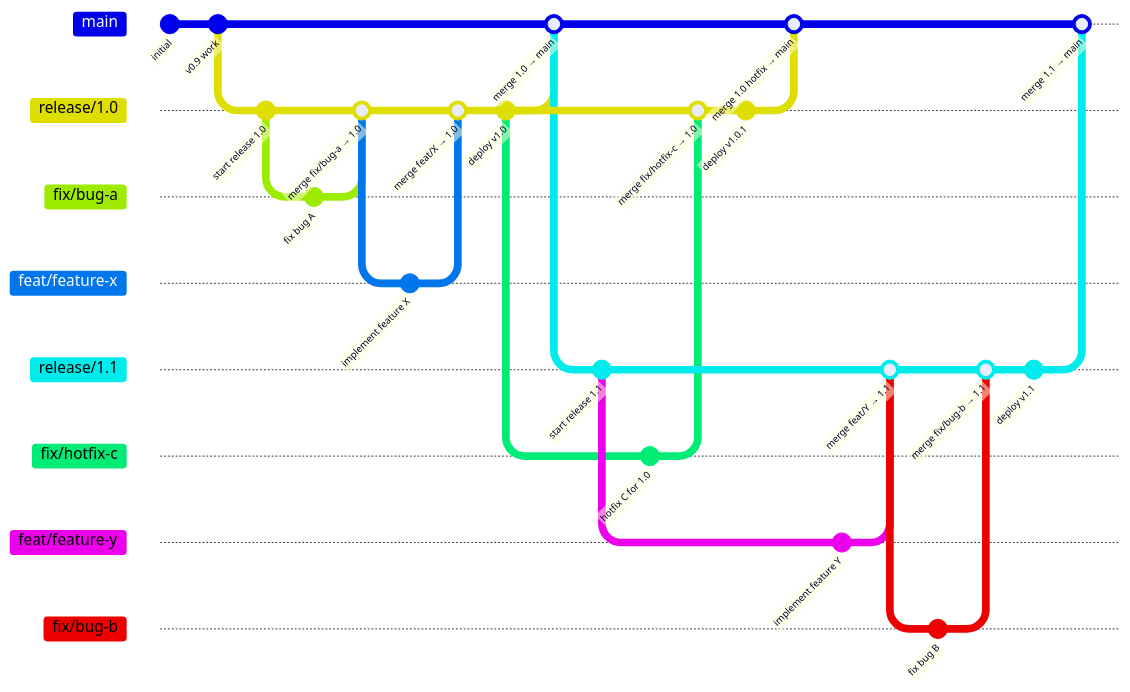
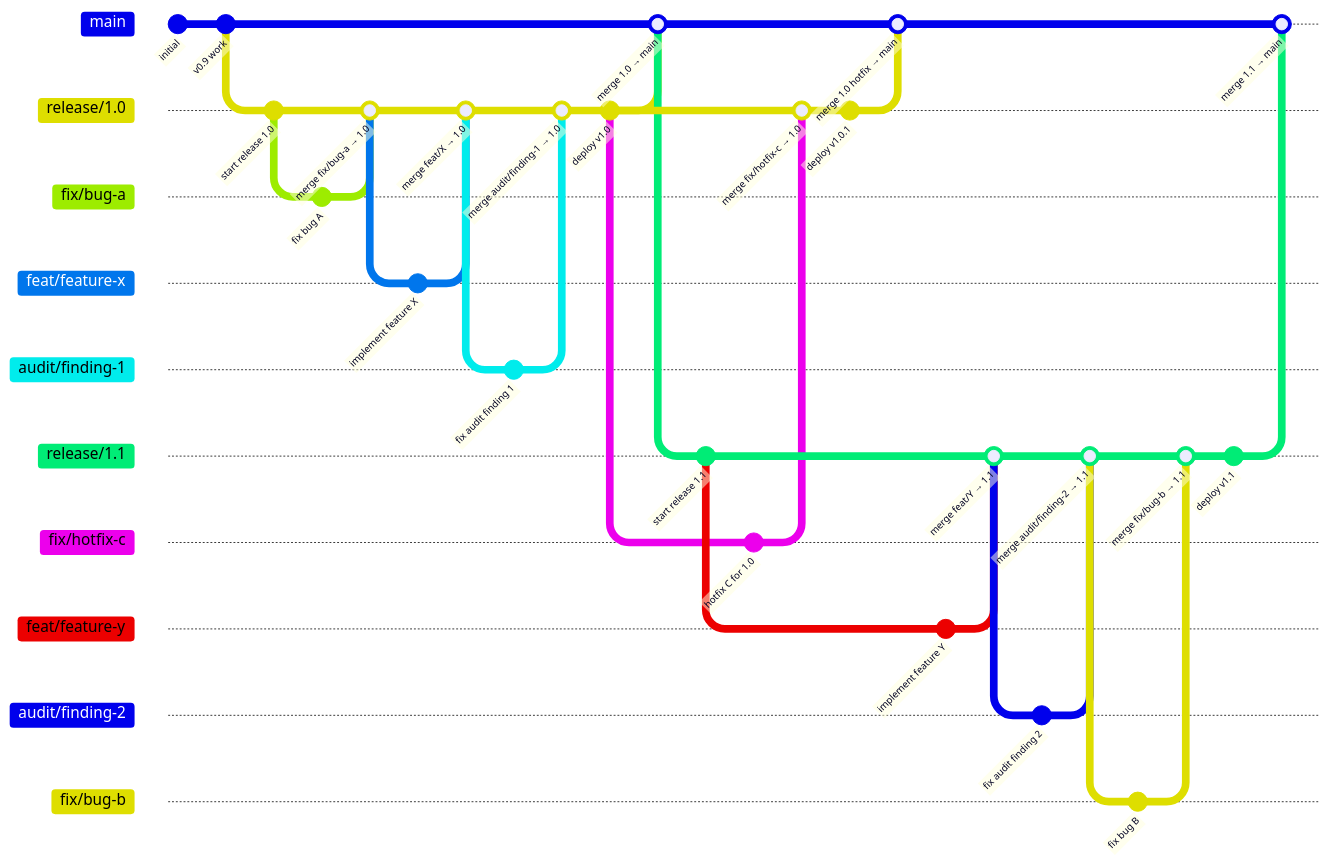
One commit to 1inch/swap-vm changed the diagram in docs/RELEASE_FLOW.md. Above: the diagram before and after it, drawn with Mermaid. The commit also changed other lines of this file, not shown here.

Commit message:
Enhance RELEASE_FLOW documentation to include audit branch workflow and clarify branch prefixes for better release management in SwapVM.

````diff
--- a/docs/RELEASE_FLOW.md
+++ b/docs/RELEASE_FLOW.md
@@ -9,52 +9,62 @@
 ```mermaid
 gitGraph
     commit id: "initial"
     commit id: "v0.9 work"
 
     branch "release/1.0"
     commit id: "start release 1.0"
 
     branch "fix/bug-a"
     commit id: "fix bug A"
     checkout "release/1.0"
     merge "fix/bug-a" id: "merge fix/bug-a → 1.0"
 
     branch "feat/feature-x"
     commit id: "implement feature X"
     checkout "release/1.0"
     merge "feat/feature-x" id: "merge feat/X → 1.0"
+
+    branch "audit/finding-1"
+    commit id: "fix audit finding 1"
+    checkout "release/1.0"
+    merge "audit/finding-1" id: "merge audit/finding-1 → 1.0"
 
     commit id: "deploy v1.0"
 
     checkout main
     merge "release/1.0" id: "merge 1.0 → main"
 
     branch "release/1.1"
     commit id: "start release 1.1"
 
     checkout "release/1.0"
     branch "fix/hotfix-c"
     commit id: "hotfix C for 1.0"
     checkout "release/1.0"
     merge "fix/hotfix-c" id: "merge fix/hotfix-c → 1.0"
     commit id: "deploy v1.0.1"
 
     checkout main
     merge "release/1.0" id: "merge 1.0 hotfix → main"
 
     checkout "release/1.1"
     branch "feat/feature-y"
     commit id: "implement feature Y"
     checkout "release/1.1"
     merge "feat/feature-y" id: "merge feat/Y → 1.1"
 
+    branch "audit/finding-2"
+    commit id: "fix audit finding 2"
+    checkout "release/1.1"
+    merge "audit/finding-2" id: "merge audit/finding-2 → 1.1"
+
     branch "fix/bug-b"
     commit id: "fix bug B"
     checkout "release/1.1"
     merge "fix/bug-b" id: "merge fix/bug-b → 1.1"
 
     commit id: "deploy v1.1"
 
     checkout main
     merge "release/1.1" id: "merge 1.1 → main"
 ```
````
